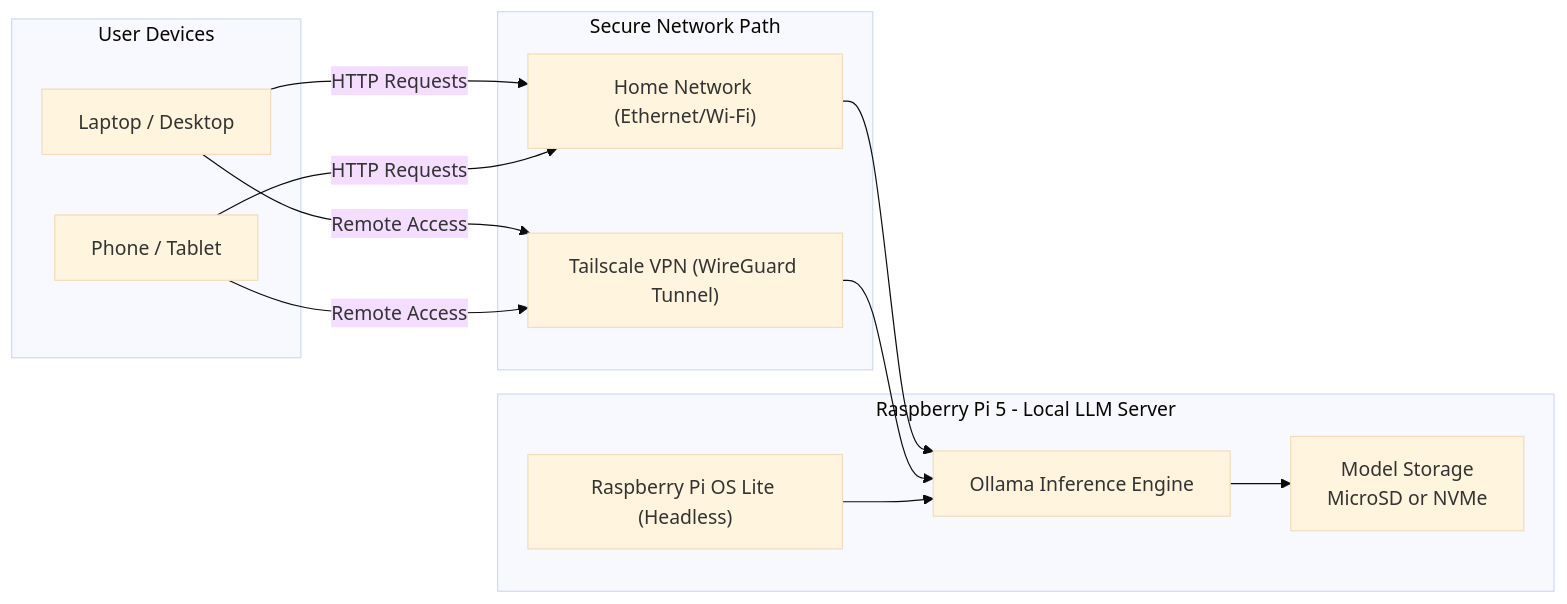
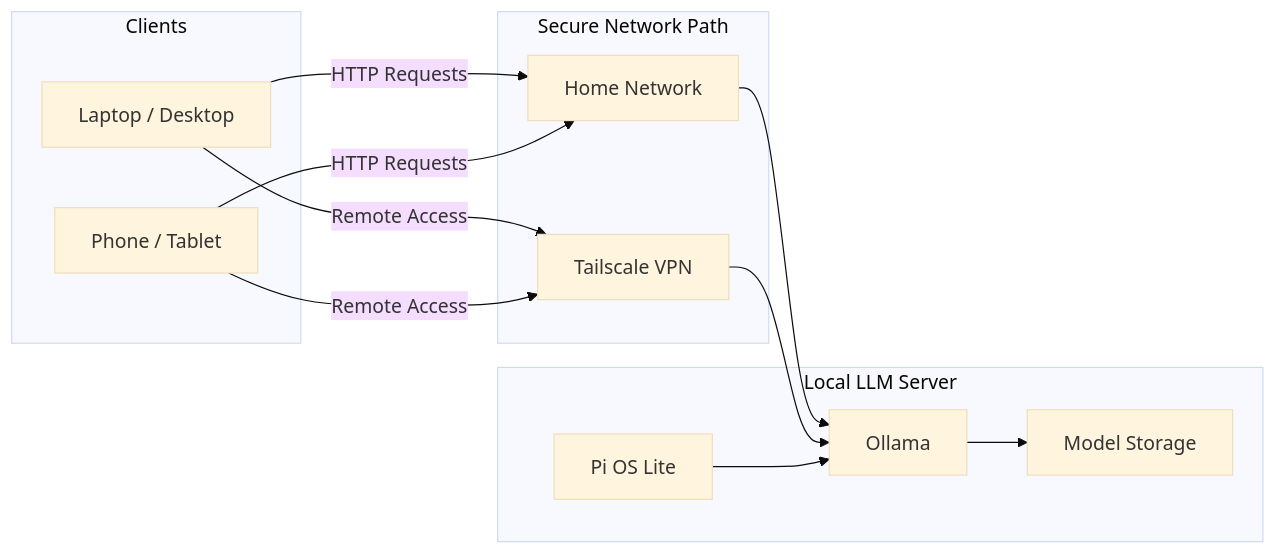
The diagram in src/content/blog/building-local-llm-server-with-raspberry-pi-ollama-tailscale.mdx (woliveiras/woliveiras.github.io), drawn with Mermaid (base theme) before and after one commit. The commit also changed other lines of this file, not shown here.

````diff
--- a/src/content/blog/building-local-llm-server-with-raspberry-pi-ollama-tailscale.mdx
+++ b/src/content/blog/building-local-llm-server-with-raspberry-pi-ollama-tailscale.mdx
@@ -63,34 +62,34 @@
 ```mermaid
 flowchart LR
 
-    subgraph User["User Devices"]
+    subgraph User["Clients"]
         L["Laptop / Desktop"]
         P["Phone / Tablet"]
     end
 
     subgraph Network["Secure Network Path"]
-        LAN["Home Network (Ethernet/Wi-Fi)"]
-        TS["Tailscale VPN (WireGuard Tunnel)"]
+        LAN["Home Network"]
+        TS["Tailscale VPN"]
     end
 
-    subgraph Server["Raspberry Pi 5 - Local LLM Server"]
-        OS["Raspberry Pi OS Lite (Headless)"]
-        OLL["Ollama Inference Engine"]
-        STORAGE["Model Storage<br/>MicroSD or NVMe"]
+    subgraph Server["Local LLM Server"]
+        OS["Pi OS Lite"]
+        OLL["Ollama"]
+        STORAGE["Model Storage"]
     end
 
     %% Assign style class to main nodes
     class L,P,LAN,TS,OS,OLL,STORAGE bigNode;
 
     %% reduce line crossings by routing connections cleanly
     L -->|HTTP Requests| LAN
     P -->|HTTP Requests| LAN
     LAN --> OLL
 
     L -->|Remote Access| TS
     P -->|Remote Access| TS
     TS --> OLL
 
     OLL --> STORAGE
     OS --> OLL
 ```
````
